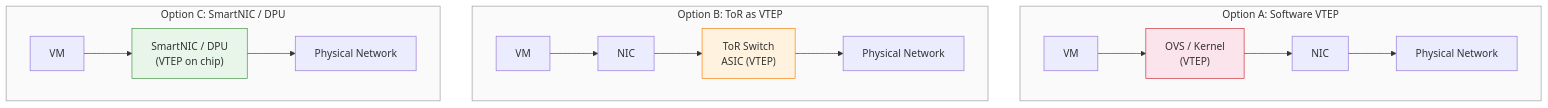
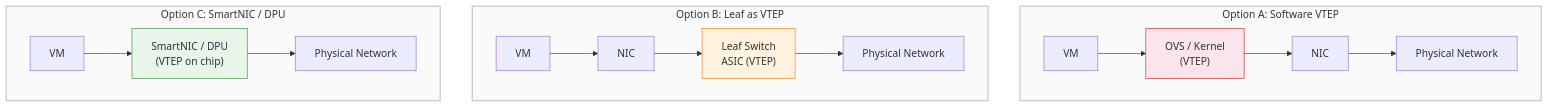
One commit to caozhiyi/network-book changed the second of 4 diagrams in docs/06.Tunnel在哪里终止VTEP的落点.md. Above: the diagram before and after it, drawn with Mermaid. The commit also changed other lines of this file and 77 other files, not shown here.

````diff
--- a/docs/06.Tunnel在哪里终止VTEP的落点.md
+++ b/docs/06.Tunnel在哪里终止VTEP的落点.md
@@ -84,30 +84,30 @@
 ```mermaid
 graph TB
     subgraph optA["Option A: Software VTEP"]
         direction LR
         A_VM["VM"] --> A_OVS["OVS / Kernel<br/>(VTEP)"]
         A_OVS --> A_NIC["NIC"]
         A_NIC --> A_NET["Physical Network"]
     end
 
-    subgraph optB["Option B: ToR as VTEP"]
+    subgraph optB["Option B: Leaf as VTEP"]
         direction LR
         B_VM["VM"] --> B_NIC["NIC"]
-        B_NIC --> B_TOR["ToR Switch<br/>ASIC (VTEP)"]
+        B_NIC --> B_TOR["Leaf Switch<br/>ASIC (VTEP)"]
         B_TOR --> B_NET["Physical Network"]
     end
 
     subgraph optC["Option C: SmartNIC / DPU"]
         direction LR
         C_VM["VM"] --> C_DPU["SmartNIC / DPU<br/>(VTEP on chip)"]
         C_DPU --> C_NET["Physical Network"]
     end
 
     style A_OVS fill:#fce4ec,stroke:#c62828
     style B_TOR fill:#fff3e0,stroke:#f57c00
     style C_DPU fill:#e8f5e9,stroke:#388e3c
 
     style optA fill:#fafafa,stroke:#999
     style optB fill:#fafafa,stroke:#999
     style optC fill:#fafafa,stroke:#999
 ```
````
